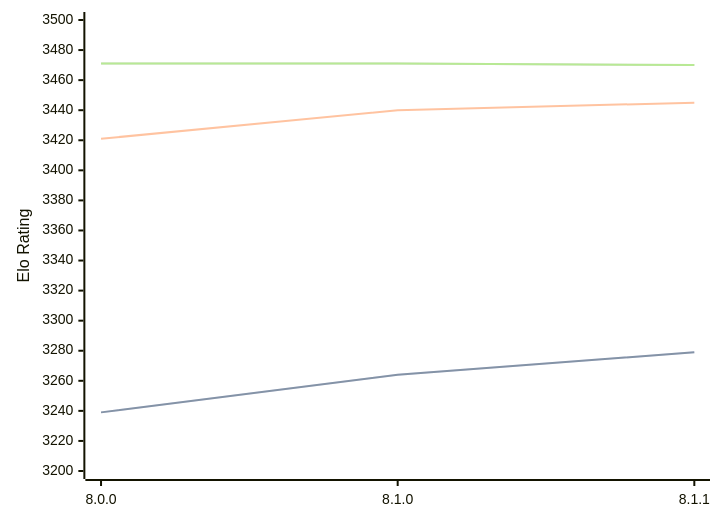
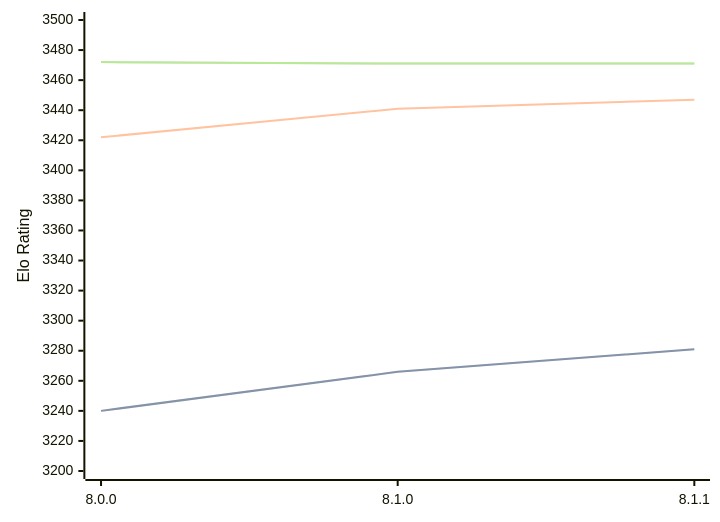
One commit to computer-chess-index/cci changed the diagram in engines/Velvet.md. Above: the diagram before and after it, drawn with Mermaid. The commit also changed other lines of this file, not shown here.

Commit message:
Update CCI Ratings (ELO VLTC) - 2026-08-26

````diff
--- a/engines/Velvet.md
+++ b/engines/Velvet.md
@@ -33,11 +33,11 @@
 ```mermaid
 %%{init: {"theme":"base","themeVariables":{"seriesColors:['#a3a3a3','#222221','#faa371']}}}%%
 xychart-beta
   x-axis ["8.0.0", "8.1.0", "8.1.1"]
   y-axis "Elo Rating" 3200 --> 3500
-  line "STC (8.0+0.08s)" [3239, 3264, 3279]
-  line "STC (8.0+0.08s)" [3239, 3264, 3279]
-  line "LTC (60.0+0.60s)" [3421, 3440, 3445]
-  line "VLTC (2m24s+1.12s)" [3471, 3471, 3470]
-  line "VLTC (2m24s+1.12s)" [3471, 3471, 3470]
+  line "STC (8.0+0.08s)" [3240, 3266, 3281]
+  line "STC (8.0+0.08s)" [3240, 3266, 3281]
+  line "LTC (60.0+0.60s)" [3422, 3441, 3447]
+  line "VLTC (2m24s+1.12s)" [3472, 3471, 3471]
+  line "VLTC (2m24s+1.12s)" [3472, 3471, 3471]
 ```
````
